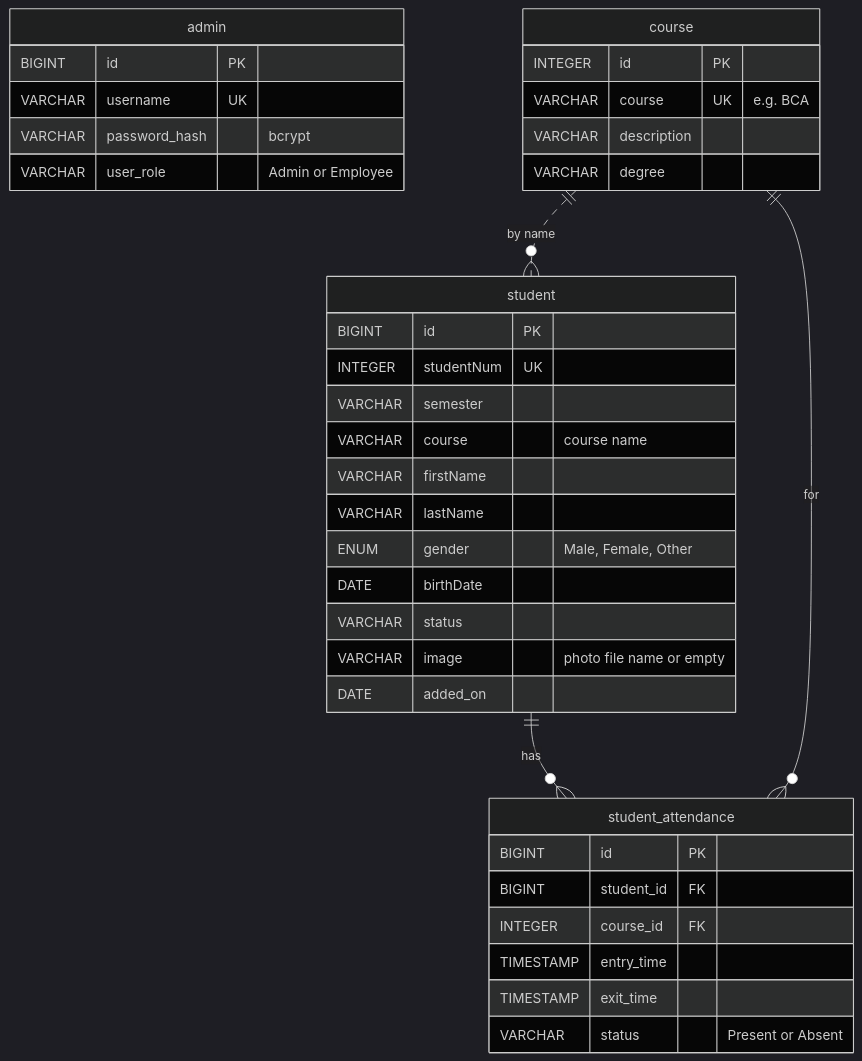
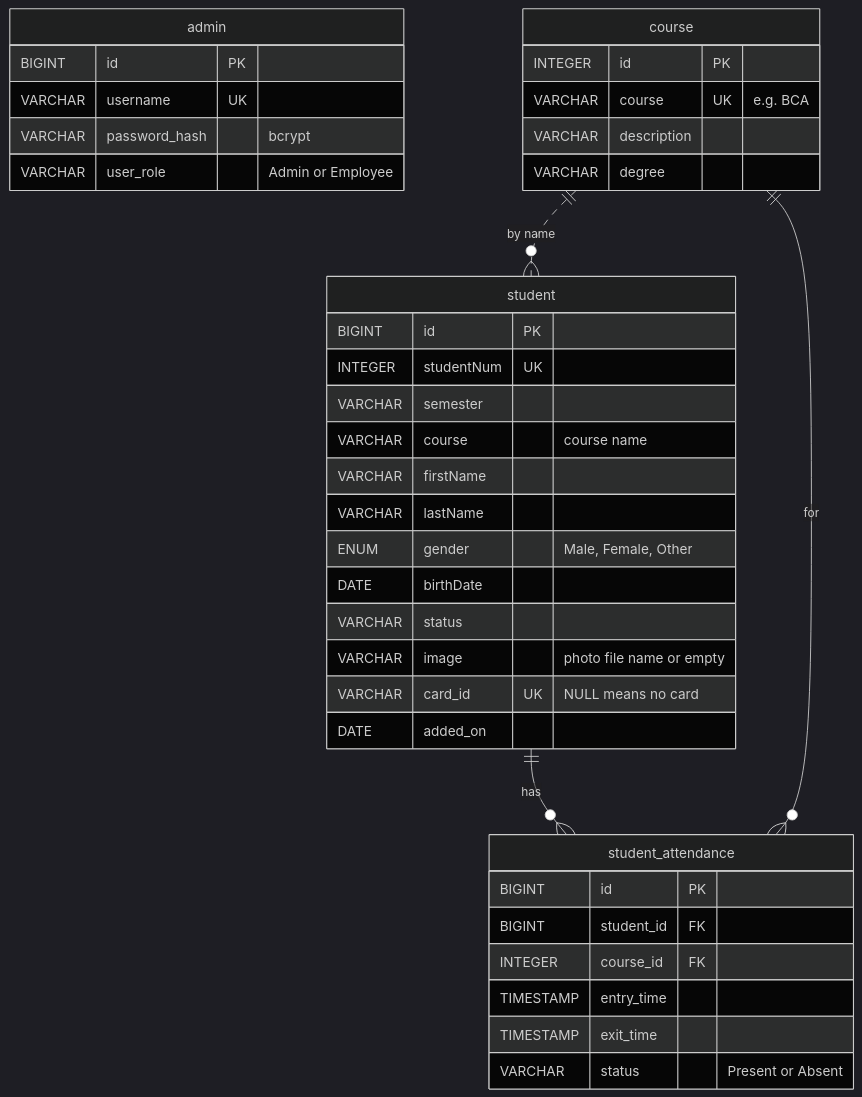
One commit to XAPHNE/AttendanceSystem changed the diagram in docs/database.md. Above: the diagram before and after it, drawn with Mermaid (dark theme). The commit also changed other lines of this file and 7 other files, not shown here.

````diff
--- a/docs/database.md
+++ b/docs/database.md
@@ -18,40 +19,41 @@
 ```mermaid
 erDiagram
     admin {
         BIGINT id PK
         VARCHAR username UK
         VARCHAR password_hash "bcrypt"
         VARCHAR user_role "Admin or Employee"
     }
     course {
         INTEGER id PK
         VARCHAR course UK "e.g. BCA"
         VARCHAR description
         VARCHAR degree
     }
     student {
         BIGINT id PK
         INTEGER studentNum UK
         VARCHAR semester
         VARCHAR course "course name"
         VARCHAR firstName
         VARCHAR lastName
         ENUM gender "Male, Female, Other"
         DATE birthDate
         VARCHAR status
         VARCHAR image "photo file name or empty"
+        VARCHAR card_id UK "NULL means no card"
         DATE added_on
     }
     student_attendance {
         BIGINT id PK
         BIGINT student_id FK
         INTEGER course_id FK
         TIMESTAMP entry_time
         TIMESTAMP exit_time
         VARCHAR status "Present or Absent"
     }
 
     student ||--o{ student_attendance : "has"
     course ||--o{ student_attendance : "for"
     course ||..o{ student : "by name"
 ```
````
